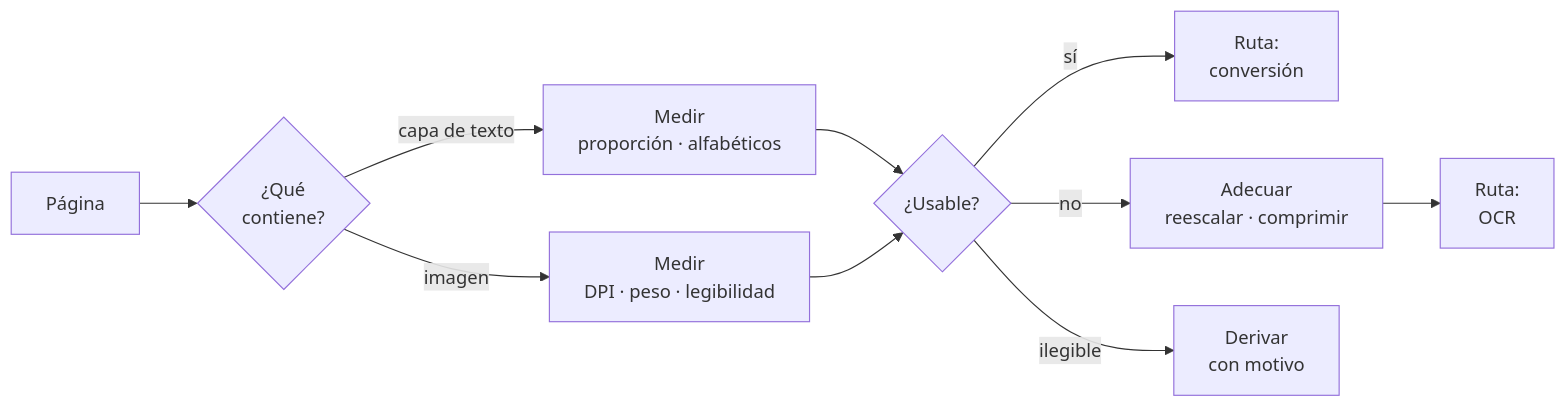
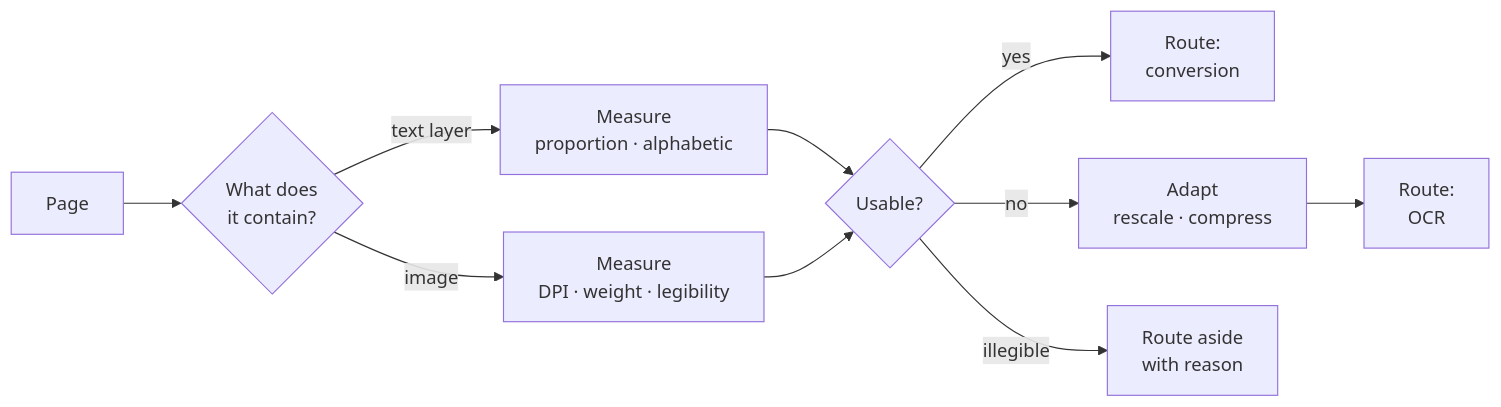
One commit to mariogarcia-ar/docflow changed the fifth of 15 diagrams in README.md. Above: the diagram before and after it, drawn with Mermaid. The commit also changed other lines of this file, not shown here.

````diff
--- a/README.md
+++ b/README.md
@@ -196,12 +196,12 @@
 ```mermaid
 graph LR
-    A["Página"] --> B{"¿Qué<br/>contiene?"}
-    B -->|"capa de texto"| C["Medir<br/>proporción · alfabéticos"]
-    B -->|"imagen"| D["Medir<br/>DPI · peso · legibilidad"]
-    C --> E{"¿Usable?"}
+    A["Page"] --> B{"What does<br/>it contain?"}
+    B -->|"text layer"| C["Measure<br/>proportion · alphabetic"]
+    B -->|"image"| D["Measure<br/>DPI · weight · legibility"]
+    C --> E{"Usable?"}
     D --> E
-    E -->|"sí"| F["Ruta:<br/>conversión"]
-    E -->|"no"| G["Adecuar<br/>reescalar · comprimir"]
-    G --> H["Ruta:<br/>OCR"]
-    E -->|"ilegible"| I["Derivar<br/>con motivo"]
+    E -->|"yes"| F["Route:<br/>conversion"]
+    E -->|"no"| G["Adapt<br/>rescale · compress"]
+    G --> H["Route:<br/>OCR"]
+    E -->|"illegible"| I["Route aside<br/>with reason"]
 ```
````
